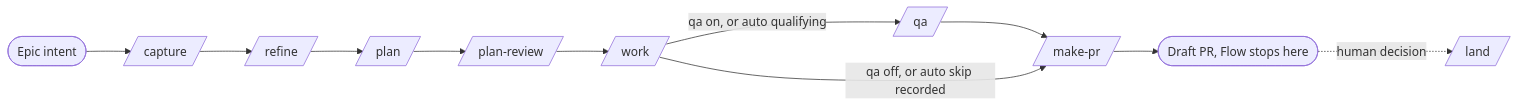
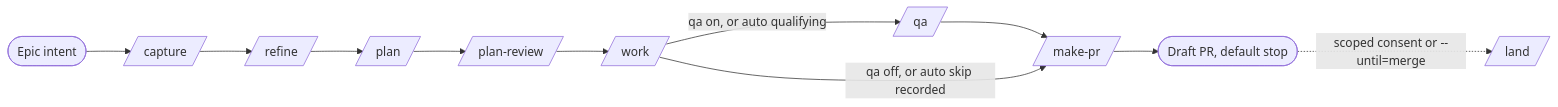
The first of 5 diagrams in plugins/flow-next/codex/docs/flow-next/pipeline-variations.md (gmickel/flow-next), drawn with Mermaid before and after one commit. The commit also changed other lines of this file and 61 other files, not shown here.

First line of the commit message:
Optional merge destination for flow (#429)

````diff
--- a/plugins/flow-next/codex/docs/flow-next/pipeline-variations.md
+++ b/plugins/flow-next/codex/docs/flow-next/pipeline-variations.md
@@ -46,8 +61,8 @@
 ```mermaid
 flowchart LR
     E([Epic intent]) --> C[/capture/] --> I[/refine/] --> P[/plan/] --> PR[/plan-review/] --> W[/work/]
     W -->|qa on, or auto qualifying| Q[/qa/] --> M[/make-pr/]
     W -->|qa off, or auto skip recorded| M
-    M --> D([Draft PR, Flow stops here])
-    D -.human decision.-> L[/land/]
+    M --> D([Draft PR, default stop])
+    D -.scoped consent or --until=merge.-> L[/land/]
 ```
````
